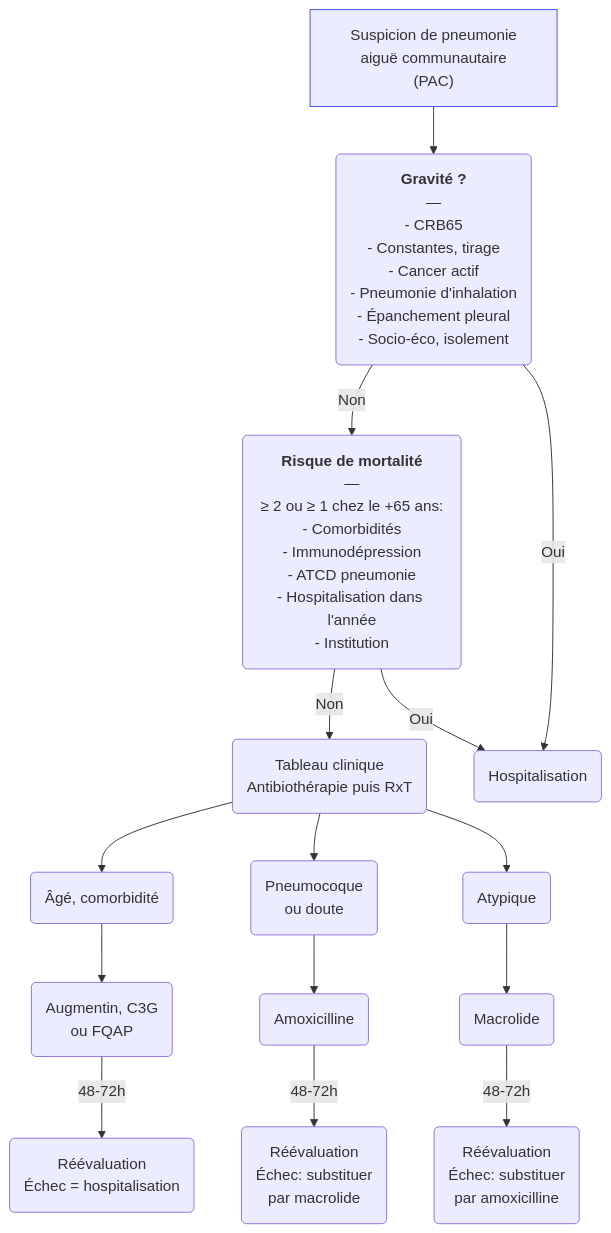
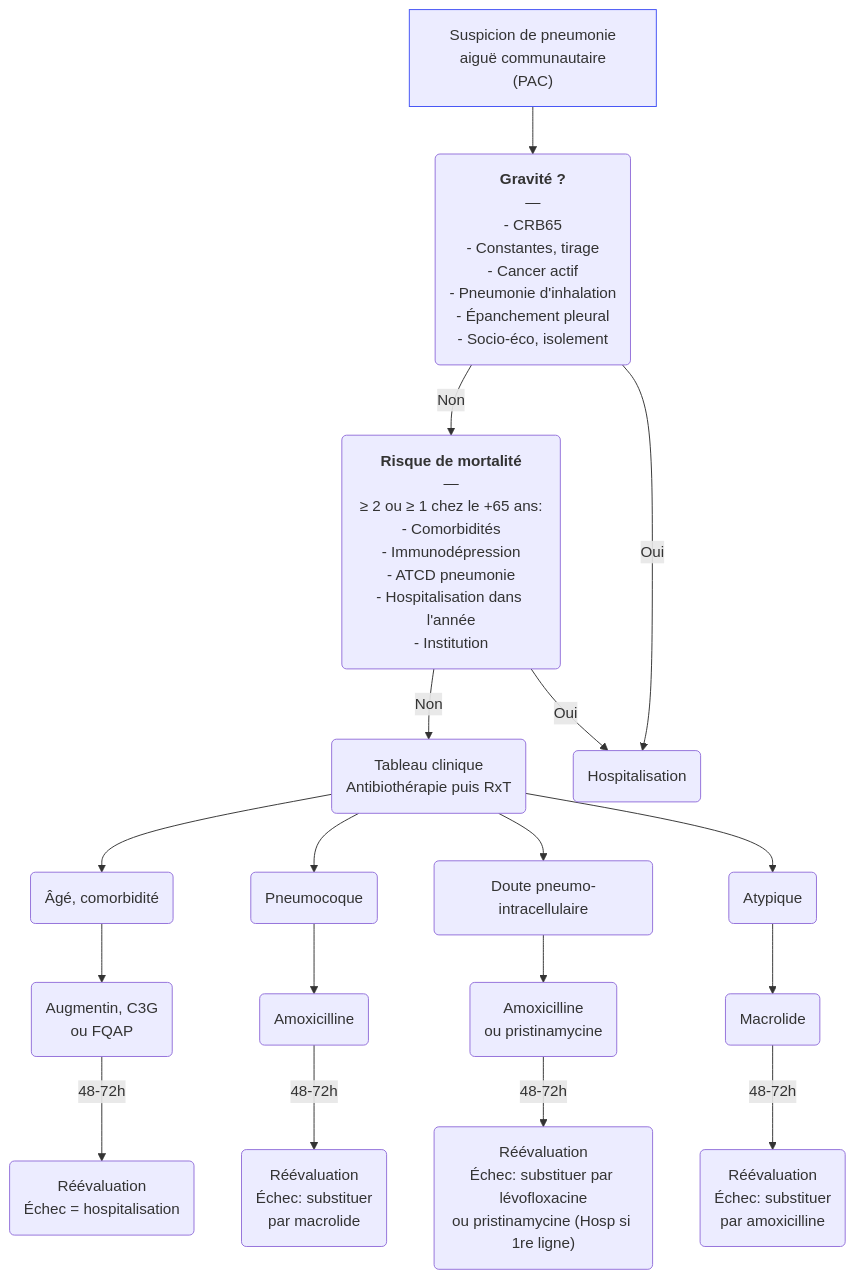
Before and after one commit to djibe/recommandations-medicales: the diagram in content/recommandations/pneumonie-aigue-communautaire.md, drawn with Mermaid. The commit also changed other lines of this file and 12 other files, not shown here.

```diff
--- a/content/recommandations/pneumonie-aigue-communautaire.md
+++ b/content/recommandations/pneumonie-aigue-communautaire.md
@@ -303,10 +304,11 @@
 {{< mermaid title="Prise en charge de la pneumonie aiguë communautaire (PAC). Dr JB Fron d'après SPILF 2020 et Afssaps 2010" >}}
 graph TB
   suspicion["Suspicion de pneumonie<br> aiguë communautaire (PAC)"] --> gravité("<b>Gravité ?</b><br>—<br>- CRB65<br>- Constantes, tirage<br>- Cancer actif<br>- Pneumonie d'inhalation<br>- Épanchement pleural<br>- Socio-éco, isolement") -- Non --> risque("<b>Risque de mortalité</b><br>—<br>≥ 2 ou ≥ 1 chez le +65 ans:<br>- Comorbidités<br>- Immunodépression<br>- ATCD pneumonie<br>- Hospitalisation dans l'année<br>- Institution") -- Non --> tableau("Tableau clinique<br>Antibiothérapie puis RxT")
   style suspicion stroke:#4150f5, stroke-width:1px
     gravité -- Oui --> hospitalisation(Hospitalisation)
       risque -- Oui --> hospitalisation
       tableau --> âgé(Âgé, comorbidité) --> âgé2("Augmentin, C3G<br>ou FQAP") -- 48-72h --> âgé3("Réévaluation<br>Échec = hospitalisation")
-      tableau --> pneumocoque("Pneumocoque<br>ou doute") --> amoxicilline(Amoxicilline) -- 48-72h --> pneumo2("Réévaluation<br>Échec: substituer<br>par macrolide")
+      tableau --> pneumocoque(Pneumocoque) --> amoxicilline(Amoxicilline) -- 48-72h --> pneumo2("Réévaluation<br>Échec: substituer<br>par macrolide")
+      tableau --> douteux(Doute pneumo-intracellulaire) --> douteux1("Amoxicilline<br>ou pristinamycine") -- 48-72h --> douteux2("Réévaluation<br>Échec: substituer par lévofloxacine<br>ou pristinamycine (Hosp si 1re ligne)")
       tableau --> intracellulaire(Atypique) --> macrolide(Macrolide) -- 48-72h --> intra2(Réévaluation<br>Échec: substituer<br>par amoxicilline)
 {{< /mermaid >}}
```
